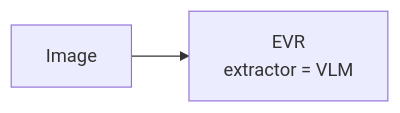
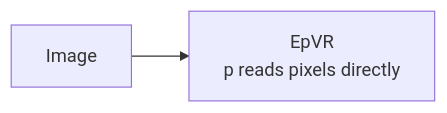
One commit to mariogarcia-ar/docflow changed the seventh of 8 diagrams in workflow.md. Above: the diagram before and after it, drawn with Mermaid. The commit also changed other lines of this file and 1 other file, not shown here.

Commit message:
Refactor documentation for input pipelines, updating terminology and notation for clarity on materials and extractor modes.

````diff
--- a/workflow.md
+++ b/workflow.md
@@ -166,4 +185,4 @@
 ```mermaid
 graph LR
-    A["Image"] --> B["EVR<br/>extractor = VLM"]
+    A["Image"] --> B["EpVR<br/>p reads pixels directly"]
 ```
````
